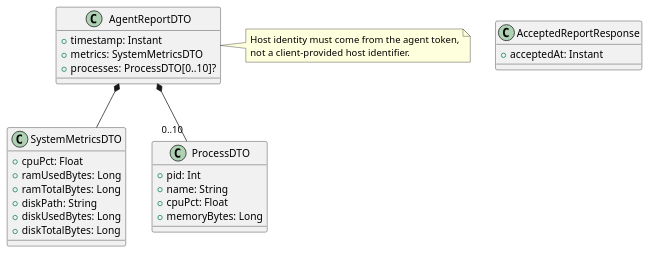
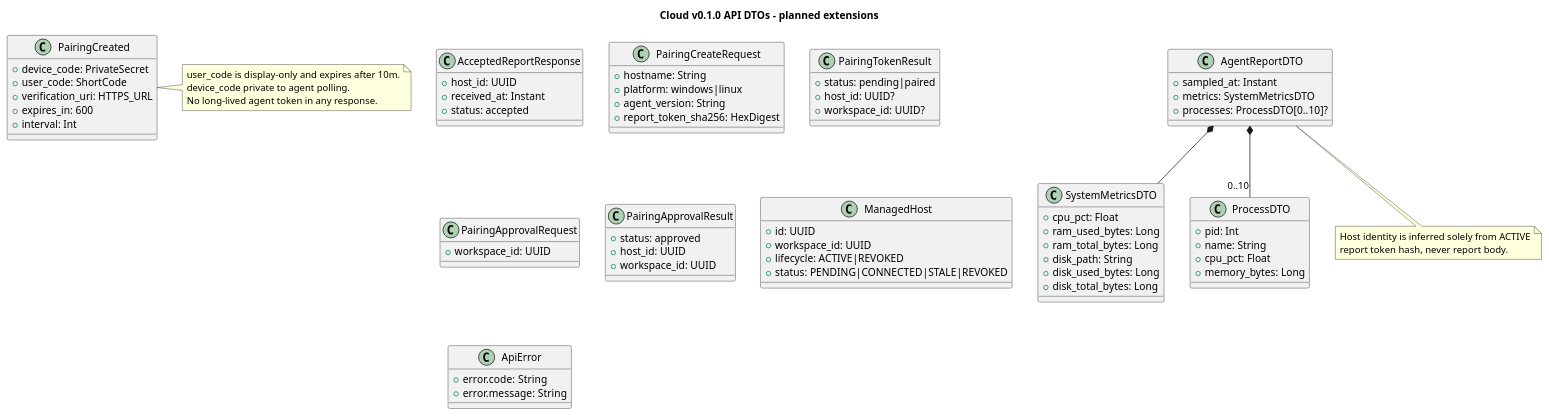
Before and after one commit to Adam-BArbia/fleetluma: the diagram in docs/uml/plantuml/19_class_api_contract.puml, drawn with PlantUML.

Commit message:
docs(FL-31): align 19_class_api_contract.puml with pairing v0.1

```diff
--- a/docs/uml/plantuml/19_class_api_contract.puml
+++ b/docs/uml/plantuml/19_class_api_contract.puml
@@ -1,30 +1,74 @@
 @startuml 19_class_api_contract
+title Cloud v0.1.0 API DTOs - planned extensions
 class AgentReportDTO {
- +timestamp: Instant
+ +sampled_at: Instant
  +metrics: SystemMetricsDTO
  +processes: ProcessDTO[0..10]?
 }
 class SystemMetricsDTO {
- +cpuPct: Float
- +ramUsedBytes: Long
- +ramTotalBytes: Long
- +diskPath: String
- +diskUsedBytes: Long
- +diskTotalBytes: Long
+ +cpu_pct: Float
+ +ram_used_bytes: Long
+ +ram_total_bytes: Long
+ +disk_path: String
+ +disk_used_bytes: Long
+ +disk_total_bytes: Long
 }
 class ProcessDTO {
  +pid: Int
  +name: String
- +cpuPct: Float
- +memoryBytes: Long
+ +cpu_pct: Float
+ +memory_bytes: Long
 }
 class AcceptedReportResponse {
-  +acceptedAt: Instant
+ +host_id: UUID
+ +received_at: Instant
+ +status: accepted
+}
+class PairingCreateRequest {
+ +hostname: String
+ +platform: windows|linux
+ +agent_version: String
+ +report_token_sha256: HexDigest
+}
+class PairingCreated {
+ +device_code: PrivateSecret
+ +user_code: ShortCode
+ +verification_uri: HTTPS_URL
+ +expires_in: 600
+ +interval: Int
+}
+class PairingTokenResult {
+ +status: pending|paired
+ +host_id: UUID?
+ +workspace_id: UUID?
+}
+class PairingApprovalRequest {
+ +workspace_id: UUID
+}
+class PairingApprovalResult {
+ +status: approved
+ +host_id: UUID
+ +workspace_id: UUID
+}
+class ManagedHost {
+ +id: UUID
+ +workspace_id: UUID
+ +lifecycle: ACTIVE|REVOKED
+ +status: PENDING|CONNECTED|STALE|REVOKED
+}
+class ApiError {
+ +error.code: String
+ +error.message: String
 }
 AgentReportDTO *-- SystemMetricsDTO
 AgentReportDTO *-- "0..10" ProcessDTO
-note right of AgentReportDTO
- Host identity must come from the agent token,
- not a client-provided host identifier.
+note right of PairingCreated
+ user_code is display-only and expires after 10m.
+ device_code private to agent polling.
+ No long-lived agent token in any response.
+end note
+note bottom of AgentReportDTO
+ Host identity is inferred solely from ACTIVE
+ report token hash, never report body.
 end note
 @enduml
```
